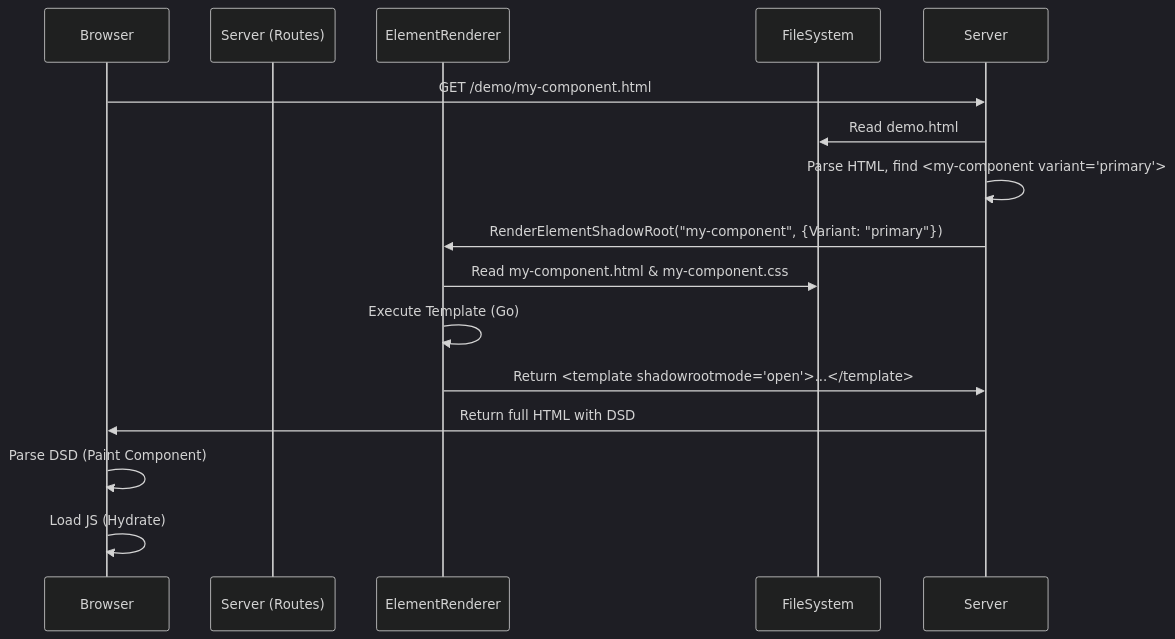
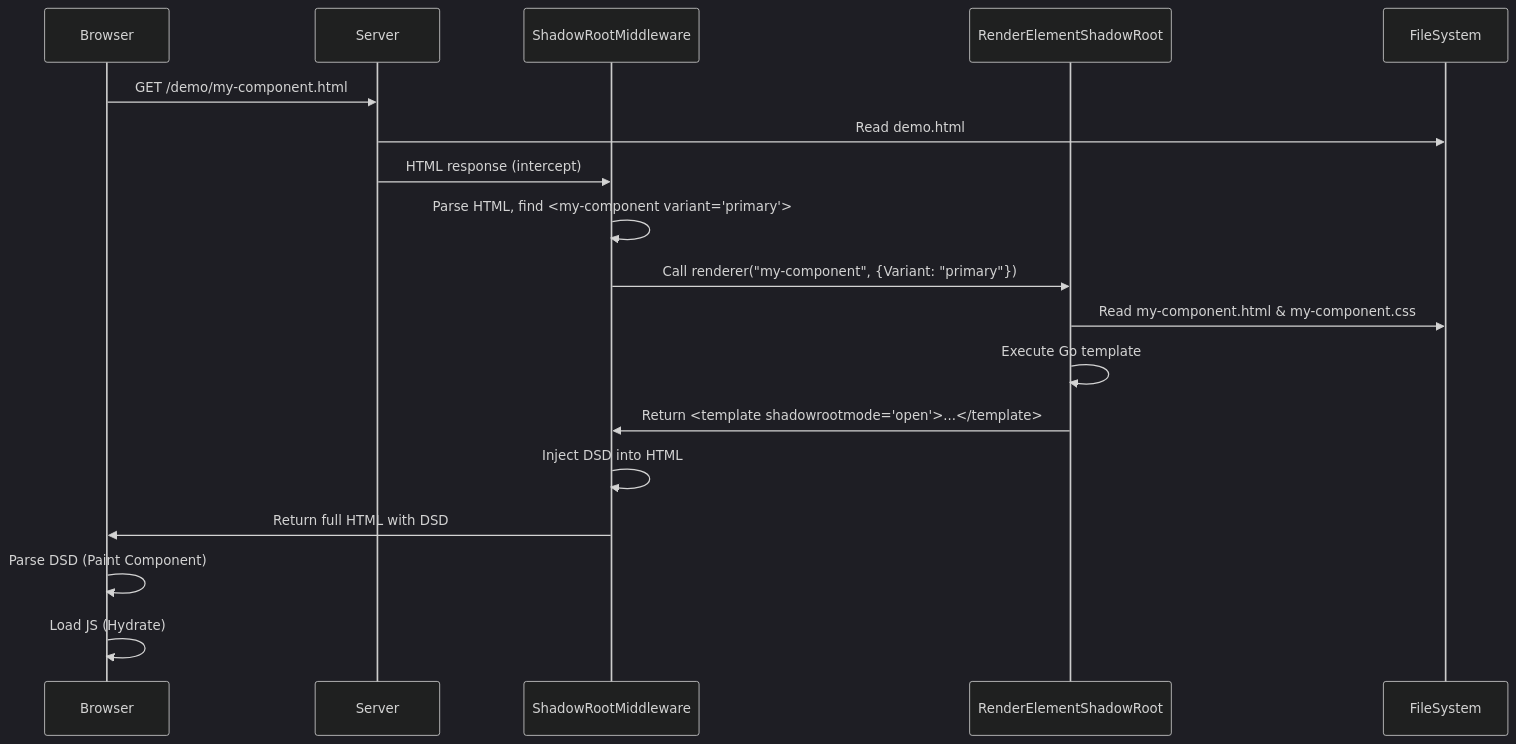
One commit to bennypowers/cem changed the first of 2 diagrams in serve/ARCHITECTURE.md. Above: the diagram before and after it, drawn with Mermaid (dark theme). The commit also changed other lines of this file, not shown here.

````diff
--- a/serve/ARCHITECTURE.md
+++ b/serve/ARCHITECTURE.md
@@ -45,18 +54,21 @@
 ```mermaid
 sequenceDiagram
     participant Browser
-    participant Server (Routes)
-    participant ElementRenderer
+    participant Server
+    participant ShadowRootMiddleware
+    participant RenderElementShadowRoot
     participant FileSystem
 
     Browser->>Server: GET /demo/my-component.html
     Server->>FileSystem: Read demo.html
-    Server->>Server: Parse HTML, find <my-component variant="primary">
-    Server->>ElementRenderer: RenderElementShadowRoot("my-component", {Variant: "primary"})
-    ElementRenderer->>FileSystem: Read my-component.html & my-component.css
-    ElementRenderer->>ElementRenderer: Execute Template (Go)
-    ElementRenderer->>Server: Return <template shadowrootmode="open">...</template>
-    Server->>Browser: Return full HTML with DSD
+    Server->>ShadowRootMiddleware: HTML response (intercept)
+    ShadowRootMiddleware->>ShadowRootMiddleware: Parse HTML, find <my-component variant="primary">
+    ShadowRootMiddleware->>RenderElementShadowRoot: Call renderer("my-component", {Variant: "primary"})
+    RenderElementShadowRoot->>FileSystem: Read my-component.html & my-component.css
+    RenderElementShadowRoot->>RenderElementShadowRoot: Execute Go template
+    RenderElementShadowRoot->>ShadowRootMiddleware: Return <template shadowrootmode="open">...</template>
+    ShadowRootMiddleware->>ShadowRootMiddleware: Inject DSD into HTML
+    ShadowRootMiddleware->>Browser: Return full HTML with DSD
     Browser->>Browser: Parse DSD (Paint Component)
     Browser->>Browser: Load JS (Hydrate)
 ```
````
